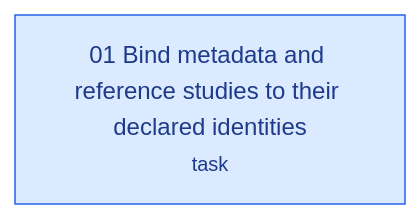
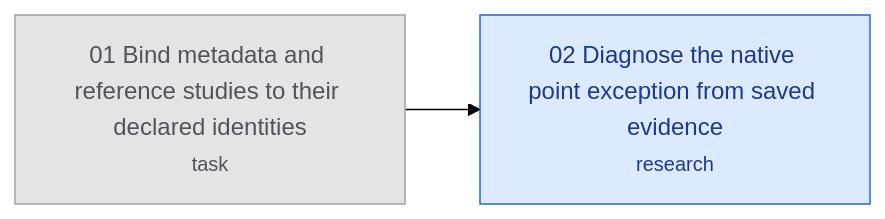
Before and after one commit to hugues-vnsgn/jev-ios-bridge: the diagram in .scratch/native-study-identities/map.md, drawn with Mermaid (forest theme). The commit also changed other lines of this file and 142 other files, not shown here.

Commit message:
Record successful metadata and retained native point failure

````diff
--- a/.scratch/native-study-identities/map.md
+++ b/.scratch/native-study-identities/map.md
@@ -22,9 +27,12 @@
 ```mermaid
 flowchart LR
     T01["01 Bind metadata and reference studies to their declared identities<br/><small>task</small>"]
+    T02["02 Diagnose the native point exception from saved evidence<br/><small>research</small>"]
+    T01 --> T02
     classDef resolved fill:#e4e4e7,stroke:#a1a1aa,color:#52525b
     classDef claimed fill:#dbeafe,stroke:#2563eb,color:#1e3a8a
     classDef frontier fill:#dcfce7,stroke:#16a34a,color:#14532d,stroke-width:2px
     classDef blocked fill:#ffffff,stroke:#a1a1aa,color:#18181b
-    class T01 claimed
+    class T01 resolved
+    class T02 claimed
 ```
````
